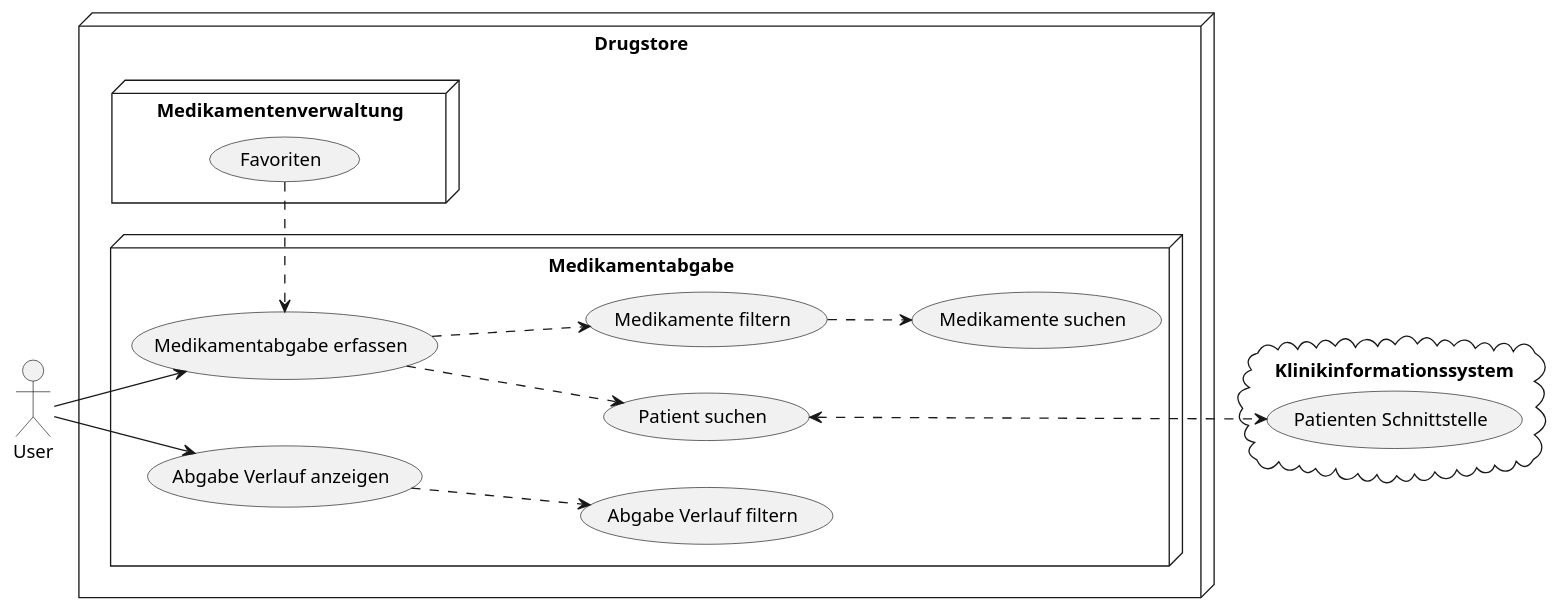
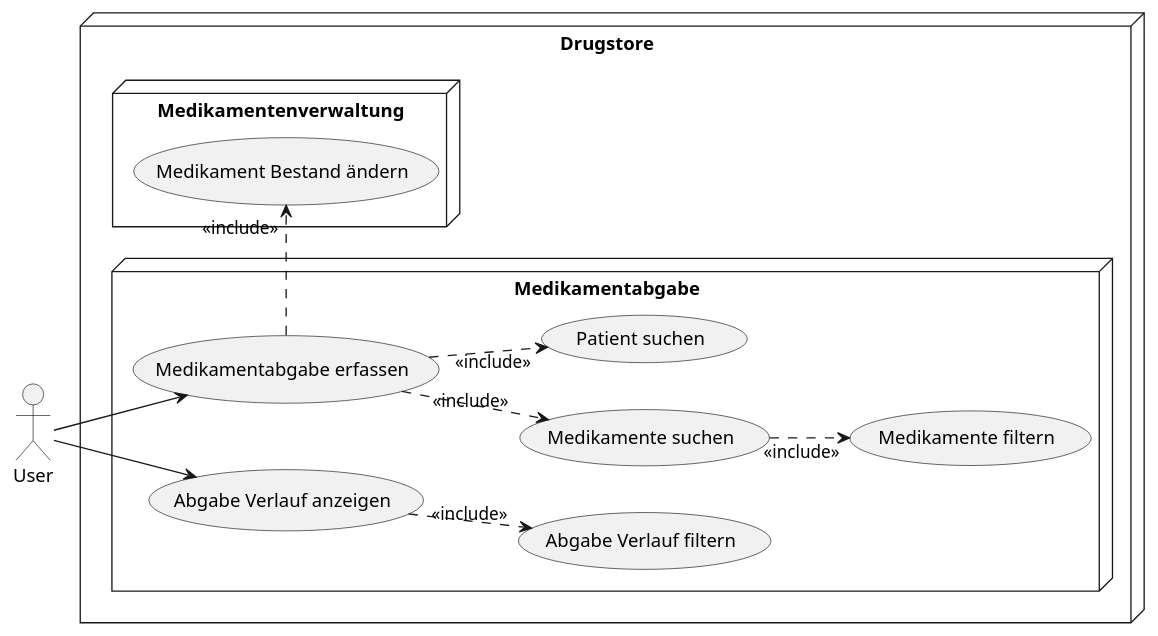
One commit to lucahost/drugstore changed the diagram in docs/use-cases/30_drug-dispensation.puml. Above: the diagram before and after it, drawn with PlantUML. The commit also changed 11 other files, not shown here.

Commit message:
Rework Interface, UseCase and Data-Model Diagrams

```diff
--- a/docs/use-cases/30_drug-dispensation.puml
+++ b/docs/use-cases/30_drug-dispensation.puml
@@ -1,35 +1,32 @@
 @startuml usecase-overview
 left to right direction
 node Drugstore {
 
     node Medikamentenverwaltung {
-        usecase "Favoriten" as UC24
+        usecase "Medikament Bestand ändern" as UC25
     }
 
     node Medikamentabgabe {
         usecase "Medikamentabgabe erfassen" as UC31
-        usecase "Medikamente filtern" as UC32
-        usecase "Medikamente suchen" as UC33
+        usecase "Medikamente suchen" as UC32
+        usecase "Medikamente filtern" as UC33
         usecase "Patient suchen" as UC34
         usecase "Abgabe Verlauf anzeigen" as UC35
         usecase "Abgabe Verlauf filtern" as UC36
     }
 }
-cloud "Klinikinformationssystem" {
-    usecase "Patienten Schnittstelle" as PatientInterface
-}
+
 
 :User: --> UC31
 :User: --> UC35
 
-UC24 .> UC31
+UC31 .> "<<include>>" UC25
 
-UC31 ..> UC32
-UC32 ..> UC33
-UC31 ..> UC34
-UC35 ..> UC36
+UC31 ..> "<<include>>" UC32
+UC31 ..> "<<include>>" UC34
+UC32 ..> "<<include>>" UC33
+UC35 ..> "<<include>>" UC36
 
 
-UC34 <...> PatientInterface
 
 @enduml
```
